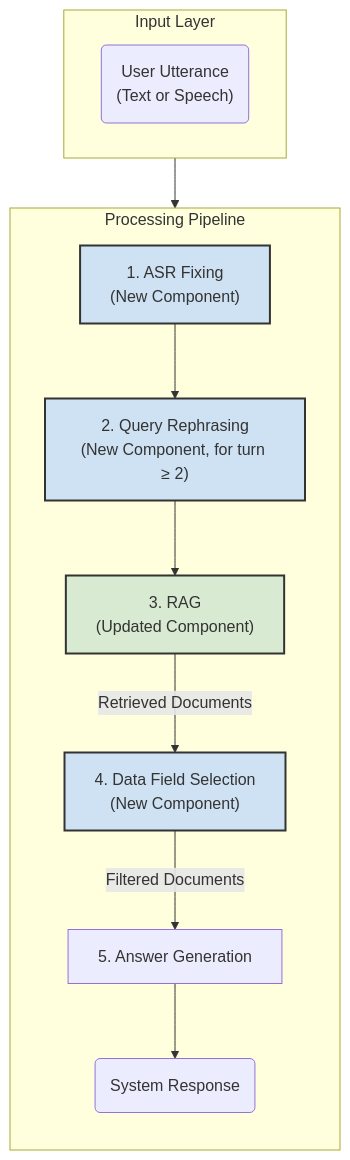
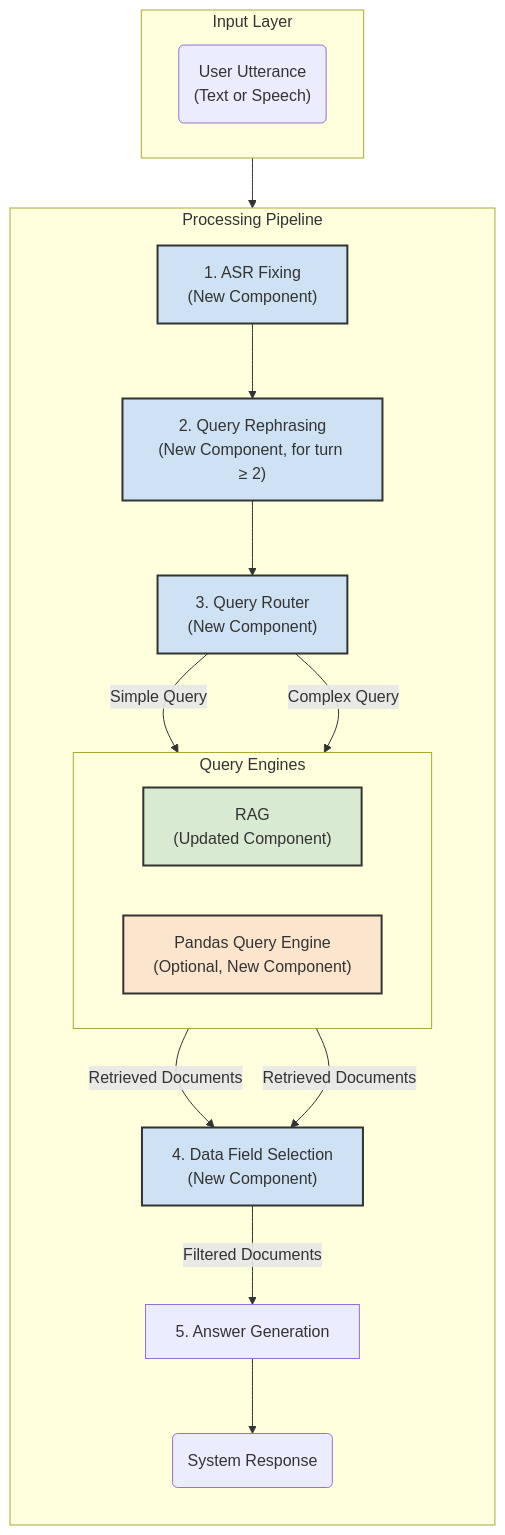
One commit to thomasmarwitz/campus_plan_bot changed the diagram in PLANNING.md. Above: the diagram before and after it, drawn with Mermaid. The commit also changed other lines of this file and 26 other files, not shown here.

````diff
--- a/PLANNING.md
+++ b/PLANNING.md
@@ -15,33 +15,45 @@
 ```mermaid
 graph TD
     subgraph "Input Layer"
         direction LR
         UserInput("User Utterance<br/>(Text or Speech)")
     end
 
     subgraph "Processing Pipeline"
         direction TB
         asr_fixing["1. ASR Fixing<br/>(New Component)"]
         style asr_fixing fill:#cfe2f3,stroke:#333,stroke-width:2px
 
         query_rephrasing["2. Query Rephrasing<br/>(New Component, for turn ≥ 2)"]
         style query_rephrasing fill:#cfe2f3,stroke:#333,stroke-width:2px
 
-        rag["3. RAG<br/>(Updated Component)"]
-        style rag fill:#d9ead3,stroke:#333,stroke-width:2px
+        query_router["3. Query Router<br/>(New Component)"]
+        style query_router fill:#cfe2f3,stroke:#333,stroke-width:2px
+
+        subgraph "Query Engines"
+            direction LR
+            rag["RAG<br/>(Updated Component)"]
+            style rag fill:#d9ead3,stroke:#333,stroke-width:2px
+
+            pandas_query_engine["Pandas Query Engine<br/>(Optional, New Component)"]
+            style pandas_query_engine fill:#fce5cd,stroke:#333,stroke-width:2px
+        end
 
         data_selection["4. Data Field Selection<br/>(New Component)"]
         style data_selection fill:#cfe2f3,stroke:#333,stroke-width:2px
 
         answer_generation["5. Answer Generation"]
 
         SystemResponse("System Response")
     end
 
     UserInput --> asr_fixing
     asr_fixing --> query_rephrasing
-    query_rephrasing --> rag
+    query_rephrasing --> query_router
+    query_router -- "Simple Query" --> rag
+    query_router -- "Complex Query" --> pandas_query_engine
     rag -- "Retrieved Documents" --> data_selection
+    pandas_query_engine -- "Retrieved Documents" --> data_selection
     data_selection -- "Filtered Documents" --> answer_generation
     answer_generation --> SystemResponse
 ```
````
